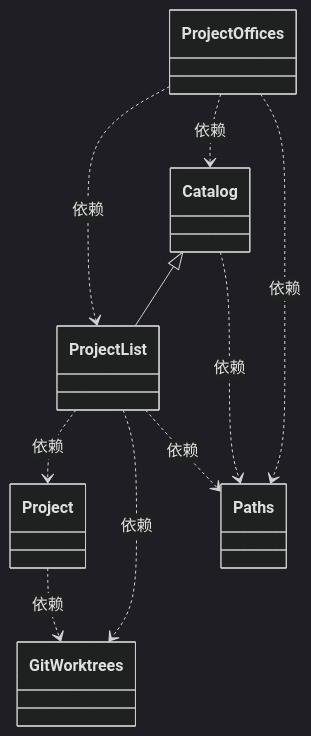
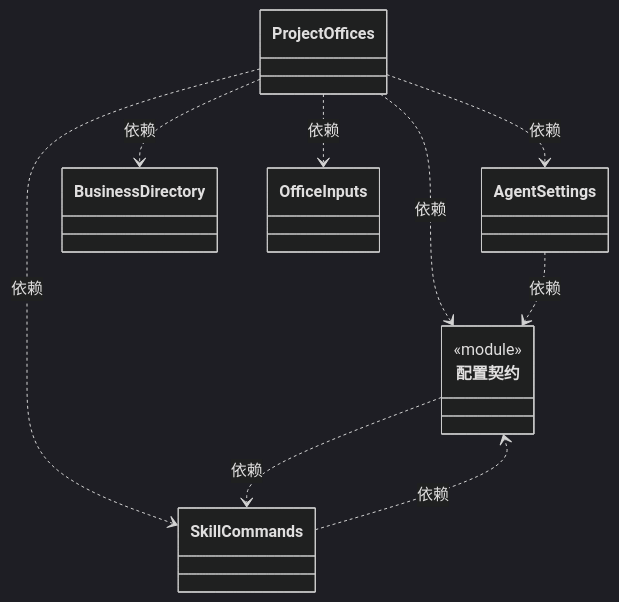
The second of 6 diagrams in src/logic/projects/ARCHITECTURE.md (nan023062/cbim), drawn with Mermaid (dark theme) before and after one commit. The commit also changed other lines of this file and 34 other files, not shown here.

First line of the commit message:
feat: streamline Office navigation and add explicit skill commands

````diff
--- a/src/logic/projects/ARCHITECTURE.md
+++ b/src/logic/projects/ARCHITECTURE.md
@@ -89,24 +78,25 @@
 ```mermaid
 classDiagram
-class N_edd7d8b0ed1e["ProjectList"]
-click N_edd7d8b0ed1e href "project.ts"
-class N_0220cf8dfba9["Catalog"]
-click N_0220cf8dfba9 href "index.ts"
-class N_04b72d19bcdf["Project"]
-click N_04b72d19bcdf href "project.ts"
-class N_0783345f8553["GitWorktrees"]
-click N_0783345f8553 href "git-worktrees.ts"
-class N_d7d68021be97["Paths"]
-click N_d7d68021be97 href "paths.ts"
 class N_ca623181cbca["ProjectOffices"]
 click N_ca623181cbca href "offices.ts"
-N_04b72d19bcdf ..> N_0783345f8553 : 依赖
-N_0220cf8dfba9 <|-- N_edd7d8b0ed1e
-N_edd7d8b0ed1e ..> N_04b72d19bcdf : 依赖
-N_edd7d8b0ed1e ..> N_0783345f8553 : 依赖
-N_edd7d8b0ed1e ..> N_d7d68021be97 : 依赖
-N_0220cf8dfba9 ..> N_d7d68021be97 : 依赖
-N_ca623181cbca ..> N_edd7d8b0ed1e : 依赖
-N_ca623181cbca ..> N_0220cf8dfba9 : 依赖
-N_ca623181cbca ..> N_d7d68021be97 : 依赖
+class N_38697857182f["AgentSettings"]
+click N_38697857182f href "agent-settings.ts"
+class N_c2cf86ba4226["BusinessDirectory"]
+click N_c2cf86ba4226 href "business-directory.ts"
+class N_64258a8e666e["OfficeInputs"]
+click N_64258a8e666e href "office-inputs.ts"
+class N_4572655b68e5["SkillCommands"]
+click N_4572655b68e5 href "agent-configuration.ts"
+class N_2eafc332813f["配置契约"] {
+  <<module>>
+}
+click N_2eafc332813f href "agent-configuration.ts"
+N_ca623181cbca ..> N_38697857182f : 依赖
+N_ca623181cbca ..> N_c2cf86ba4226 : 依赖
+N_ca623181cbca ..> N_64258a8e666e : 依赖
+N_ca623181cbca ..> N_4572655b68e5 : 依赖
+N_ca623181cbca ..> N_2eafc332813f : 依赖
+N_38697857182f ..> N_2eafc332813f : 依赖
+N_4572655b68e5 ..> N_2eafc332813f : 依赖
+N_2eafc332813f ..> N_4572655b68e5 : 依赖
 ```
````
